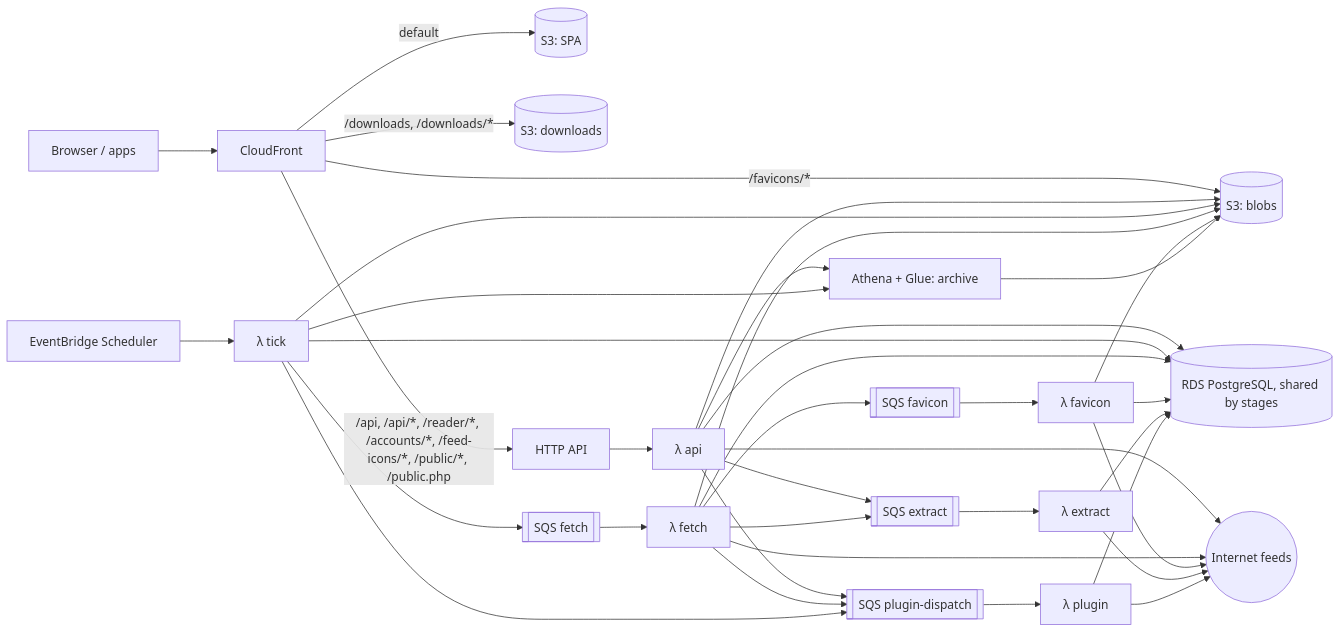
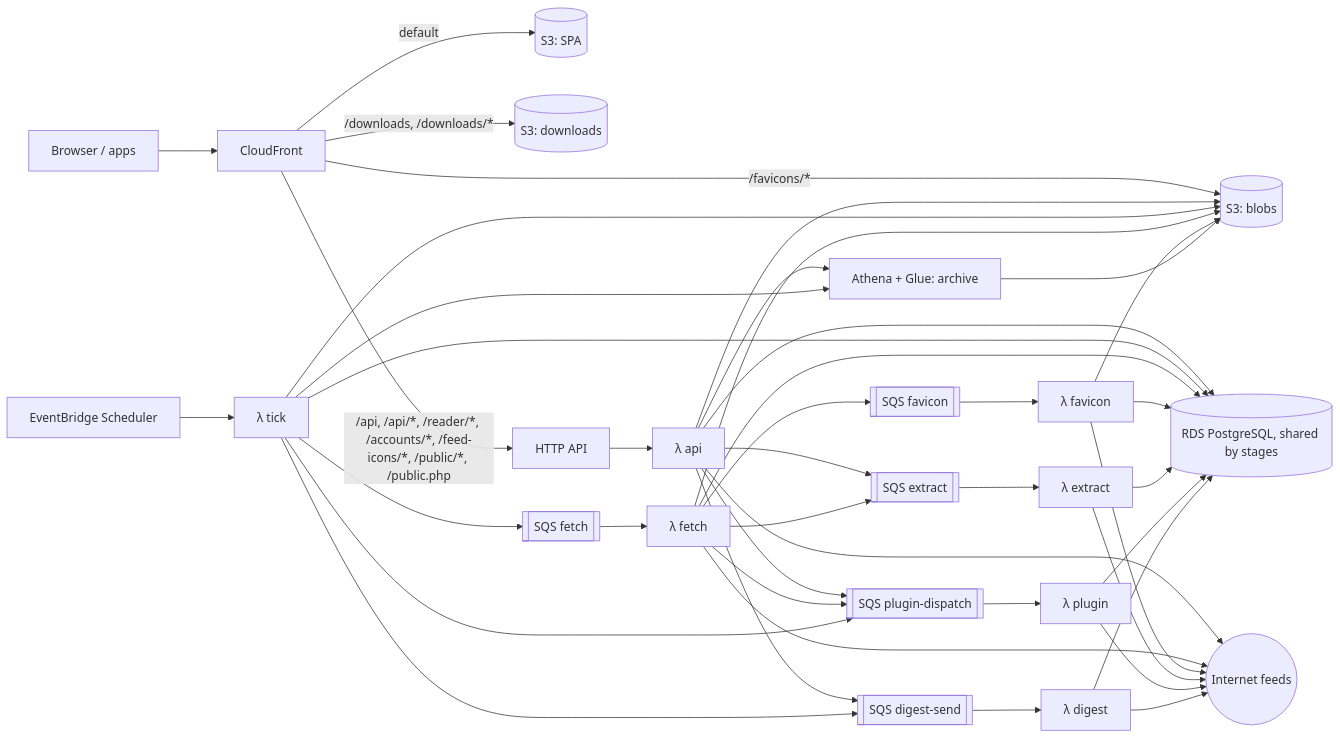
The diagram in docs/architecture.md (newses-app/newses), drawn with Mermaid before and after one commit. The commit also changed other lines of this file and 25 other files, not shown here.

Commit message:
refactor: digests as digest.send jobs sent one at a time in due order (the worker on Docker; on AWS a digest function on its own SQS queue, at most 2 at once), test digests too, without Lambda invocation; plugins get 5 minutes to compose (ADR 0098 supersedes 0097) (#85)

````diff
--- a/docs/architecture.md
+++ b/docs/architecture.md
@@ -601,17 +601,18 @@
 ```mermaid
 flowchart LR
   U[Browser / apps] --> CF[CloudFront]
   CF -- default --> S3W[(S3: SPA)]
   CF -- "/downloads, /downloads/*" --> S3D[(S3: downloads)]
   CF -- "/favicons/*" --> S3B
   CF -- "/api, /api/*, /reader/*, /accounts/*, /feed-icons/*, /public/*, /public.php" --> API[HTTP API] --> FA[λ api]
   EB[EventBridge Scheduler] --> FT[λ tick]
   FT --> QF[[SQS fetch]] --> FF[λ fetch]
   FF --> QI[[SQS favicon]] --> FI[λ favicon]
   FA & FF --> QX[[SQS extract]] --> FX[λ extract]
   FA & FF & FT --> QP[[SQS plugin-dispatch]] --> FP[λ plugin]
-  FA & FT & FF & FI & FX & FP --> DB[(RDS PostgreSQL, shared by stages)]
+  FA & FT --> QD[[SQS digest-send]] --> FD[λ digest]
+  FA & FT & FF & FI & FX & FP & FD --> DB[(RDS PostgreSQL, shared by stages)]
   FA & FT & FF & FI --> S3B[(S3: blobs)]
   FA & FT --> ATH[Athena + Glue: archive] --> S3B
-  FA & FF & FI & FX & FP --> NET((Internet feeds))
+  FA & FF & FI & FX & FP & FD --> NET((Internet feeds))
 ```
````
